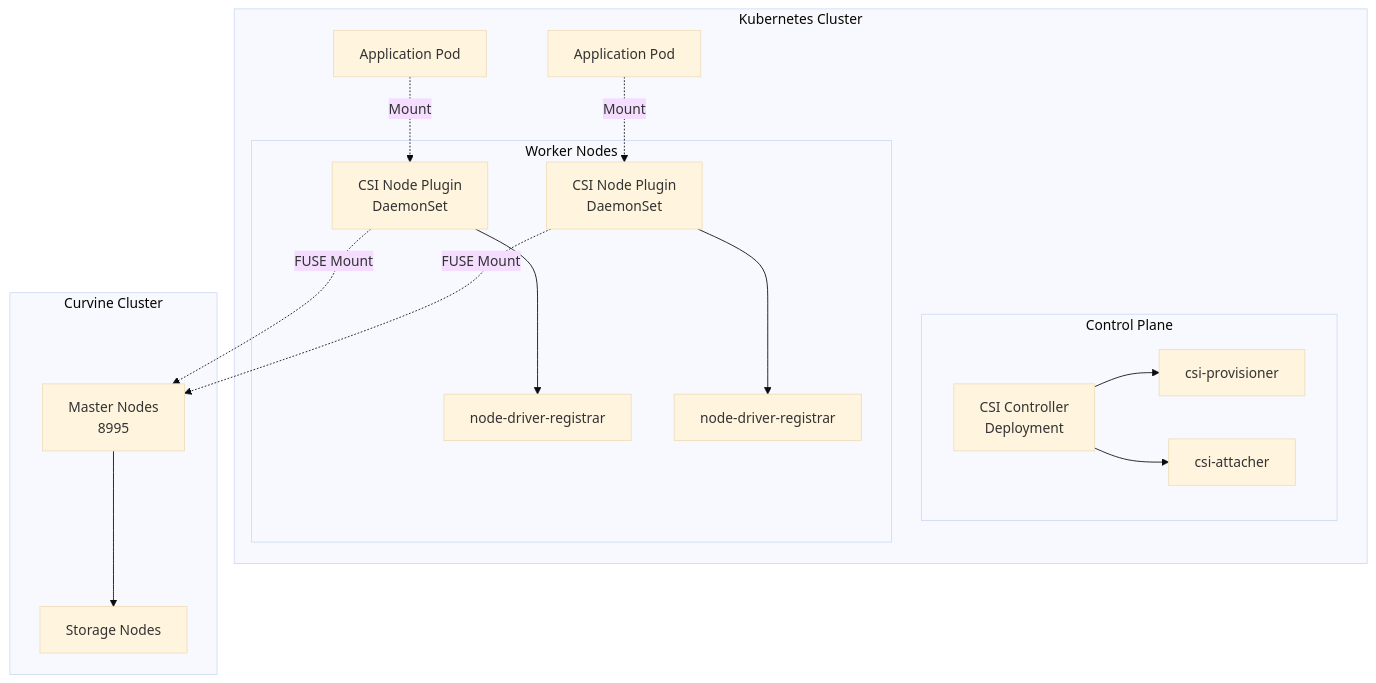
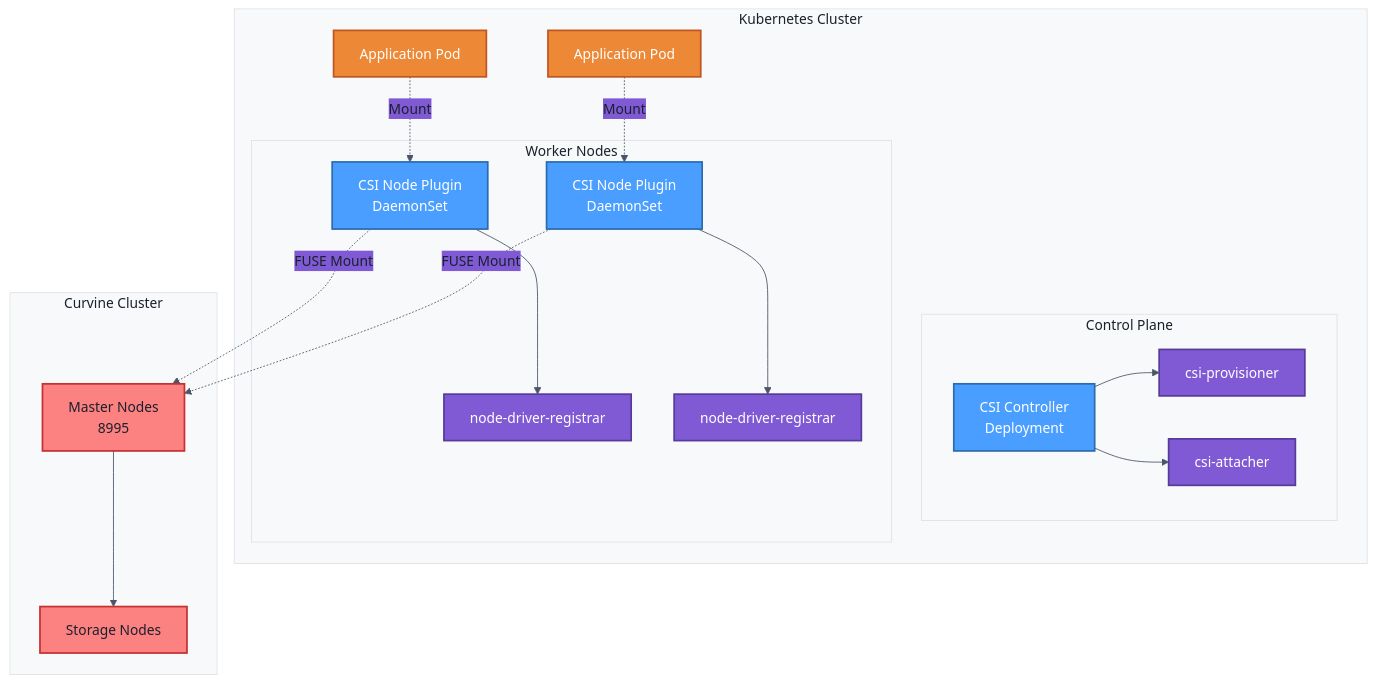
Before and after one commit to CurvineIO/curvine-doc: the first of 3 diagrams in docs/3-User-Manuals/5-K8S-CSI-Driver/01-Setup.md, drawn with Mermaid. The commit also changed other lines of this file and 2 other files, not shown here.

Commit message:
refactor: mermaid render and csi turorial

````diff
--- a/docs/3-User-Manuals/5-K8S-CSI-Driver/01-Setup.md
+++ b/docs/3-User-Manuals/5-K8S-CSI-Driver/01-Setup.md
@@ -12,41 +12,49 @@
 ```mermaid
----
-config:
-  theme: 'base'
----
-
+%%{init: {'theme': 'base', 'themeVariables': { 'background': '#ffffff', 'primaryColor': '#4a9eff', 'primaryTextColor': '#1a202c', 'primaryBorderColor': '#3182ce', 'lineColor': '#4a5568', 'secondaryColor': '#805ad5', 'tertiaryColor': '#38a169', 'mainBkg': '#ffffff', 'nodeBorder': '#4a5568', 'clusterBkg': '#f8f9fa', 'clusterBorder': '#dee2e6', 'titleColor': '#1a202c'}}}%%
 graph TB
     subgraph "Kubernetes Cluster"
         subgraph "Control Plane"
             Controller[CSI Controller<br/>Deployment]
             Provisioner[csi-provisioner]
             Attacher[csi-attacher]
             Controller --> Provisioner
             Controller --> Attacher
         end
         
         subgraph "Worker Nodes"
             Node1[CSI Node Plugin<br/>DaemonSet]
             Node2[CSI Node Plugin<br/>DaemonSet]
             Registrar1[node-driver-registrar]
             Registrar2[node-driver-registrar]
             Node1 --> Registrar1
             Node2 --> Registrar2
         end
         
         Pod1[Application Pod]
         Pod2[Application Pod]
         
         Pod1 -.Mount.-> Node1
         Pod2 -.Mount.-> Node2
     end
     
     subgraph "Curvine Cluster"
         Master[Master Nodes<br/>8995]
         Storage[Storage Nodes]
         Master --> Storage
     end
     
     Node1 -.FUSE Mount.-> Master
     Node2 -.FUSE Mount.-> Master
+
+    %% Styles - colors adjusted for light background
+    classDef csiStyle fill:#4a9eff,stroke:#2b6cb0,color:#fff,stroke-width:2px
+    classDef sidecarStyle fill:#805ad5,stroke:#553c9a,color:#fff,stroke-width:2px
+    classDef nodeStyle fill:#48bb78,stroke:#276749,color:#fff,stroke-width:2px
+    classDef appStyle fill:#ed8936,stroke:#c05621,color:#fff,stroke-width:2px
+    classDef storageStyle fill:#fc8181,stroke:#c53030,color:#1a202c,stroke-width:2px
+    
+    class Controller,Node1,Node2 csiStyle
+    class Provisioner,Attacher,Registrar1,Registrar2 sidecarStyle
+    class Pod1,Pod2 appStyle
+    class Master,Storage storageStyle
 ```
````
